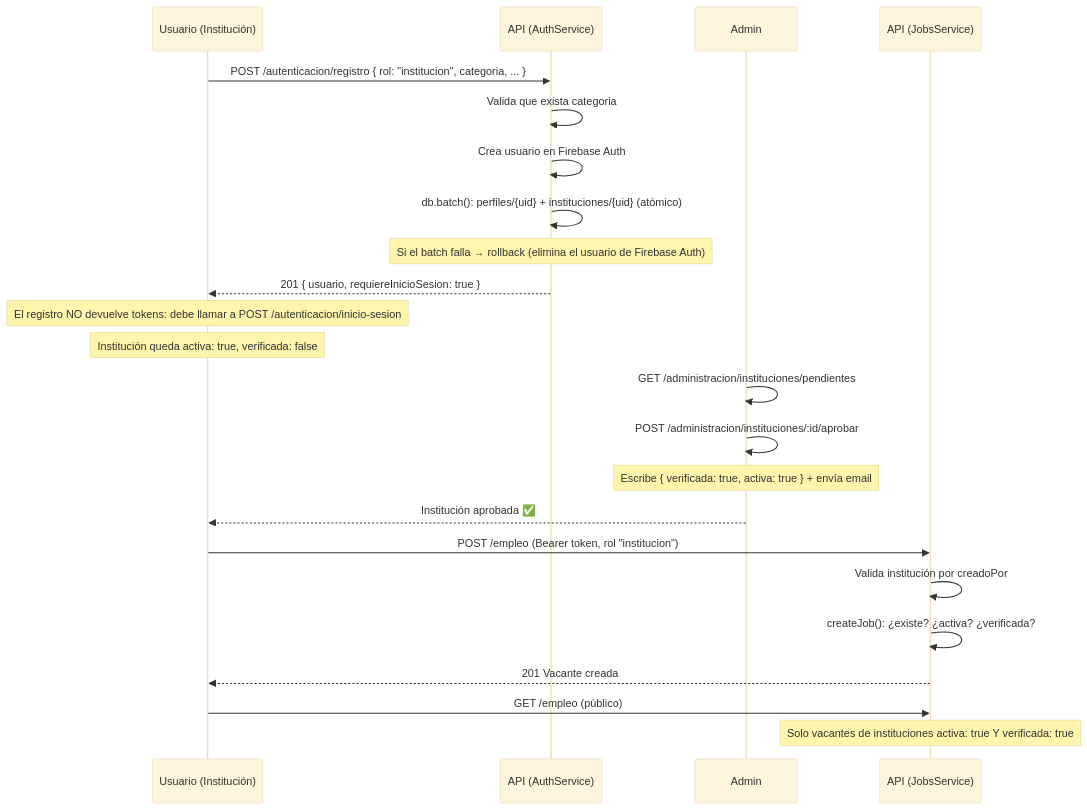
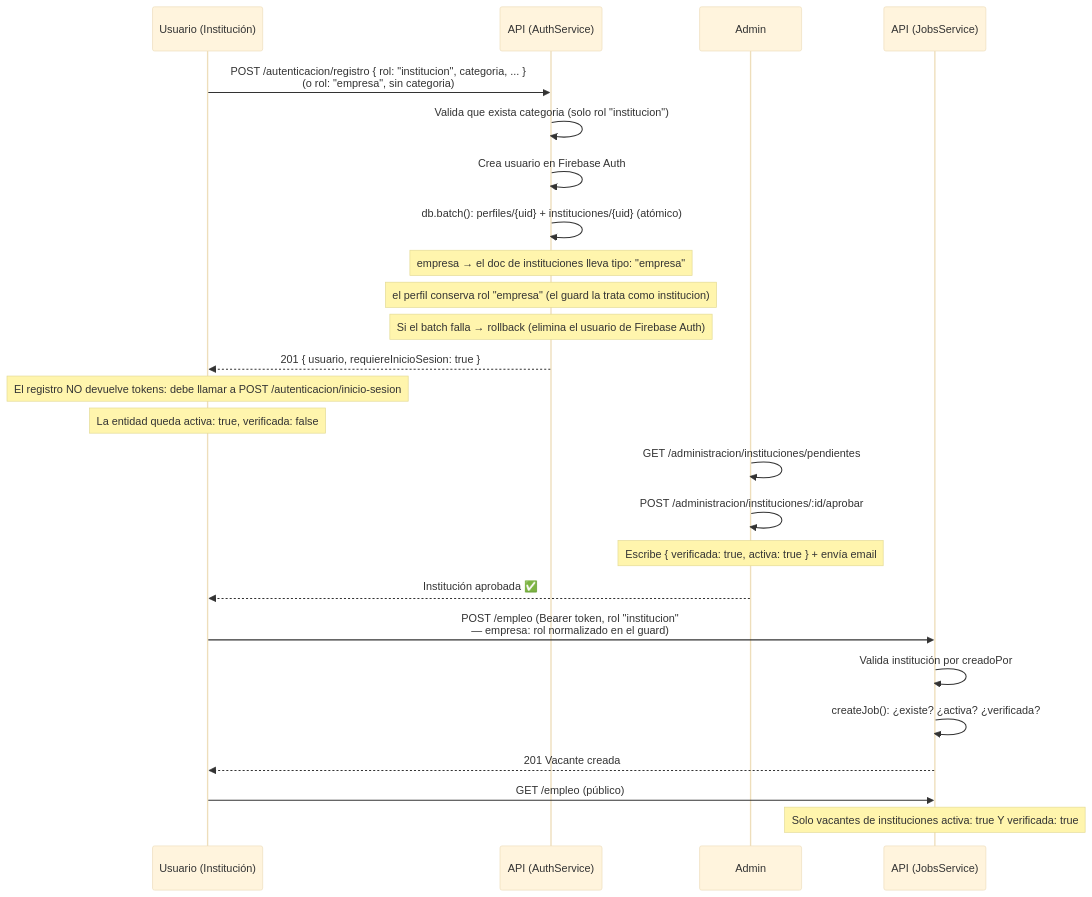
The diagram in docs/FLUJO-APROBACION-VACANTES.md (Isael7w7/raices-backend), drawn with Mermaid (base theme) before and after one commit. The commit also changed other lines of this file and 4 other files, not shown here.

First line of the commit message:
docs: documentar el subtipo empresa en flujos de registro y verificación

````diff
--- a/docs/FLUJO-APROBACION-VACANTES.md
+++ b/docs/FLUJO-APROBACION-VACANTES.md
@@ -73,29 +77,31 @@
 ```mermaid
 sequenceDiagram
     participant U as Usuario (Institución)
     participant A as API (AuthService)
     participant AD as Admin
     participant J as API (JobsService)
 
-    U->>A: POST /autenticacion/registro { rol: "institucion", categoria, ... }
-    A->>A: Valida que exista categoria
+    U->>A: POST /autenticacion/registro { rol: "institucion", categoria, ... }<br/>(o rol: "empresa", sin categoria)
+    A->>A: Valida que exista categoria (solo rol "institucion")
     A->>A: Crea usuario en Firebase Auth
     A->>A: db.batch(): perfiles/{uid} + instituciones/{uid} (atómico)
+    Note over A: empresa → el doc de instituciones lleva tipo: "empresa";
+    Note over A: el perfil conserva rol "empresa" (el guard la trata como institucion)
     Note over A: Si el batch falla → rollback (elimina el usuario de Firebase Auth)
     A-->>U: 201 { usuario, requiereInicioSesion: true }
     Note over U: El registro NO devuelve tokens: debe llamar a POST /autenticacion/inicio-sesion
-    Note over U: Institución queda activa: true, verificada: false
+    Note over U: La entidad queda activa: true, verificada: false
 
     AD->>AD: GET /administracion/instituciones/pendientes
     AD->>AD: POST /administracion/instituciones/:id/aprobar
     Note over AD: Escribe { verificada: true, activa: true } + envía email
     AD-->>U: Institución aprobada ✅
 
-    U->>J: POST /empleo (Bearer token, rol "institucion")
+    U->>J: POST /empleo (Bearer token, rol "institucion"<br/>— empresa: rol normalizado en el guard)
     J->>J: Valida institución por creadoPor
     J->>J: createJob(): ¿existe? ¿activa? ¿verificada?
     J-->>U: 201 Vacante creada
 
     U->>J: GET /empleo (público)
     Note over J: Solo vacantes de instituciones activa: true Y verificada: true
 ```
````
